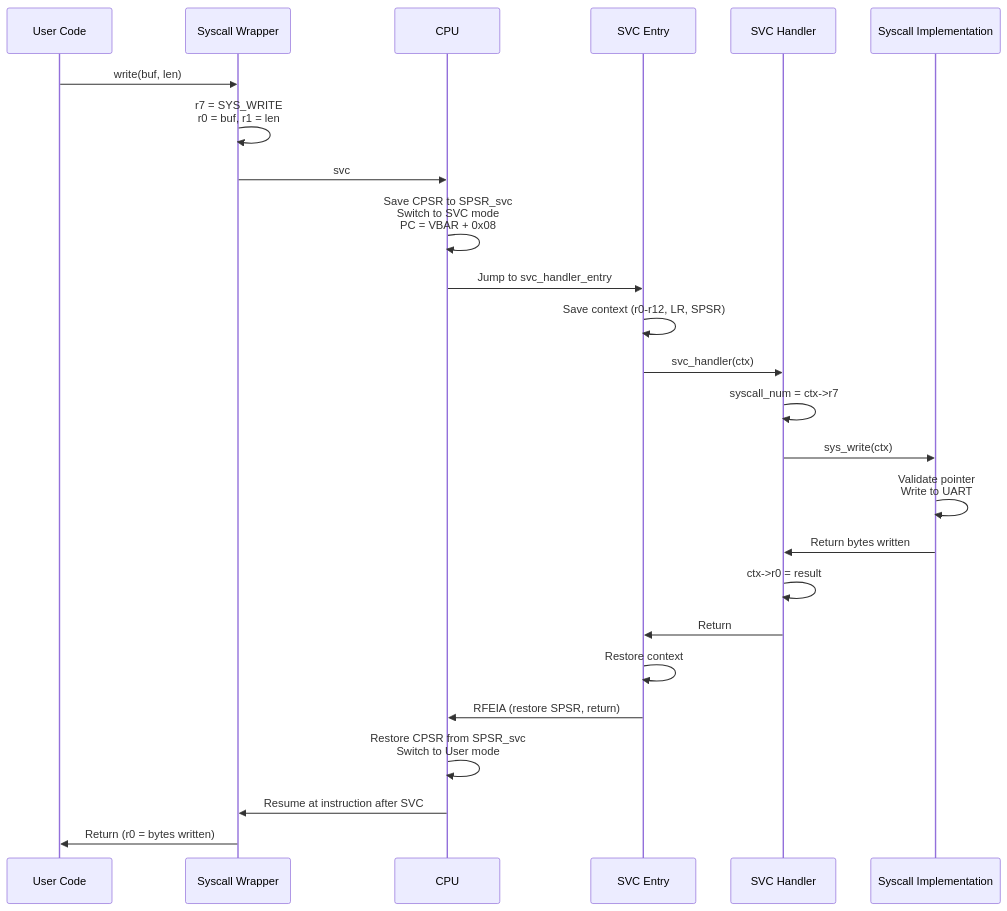
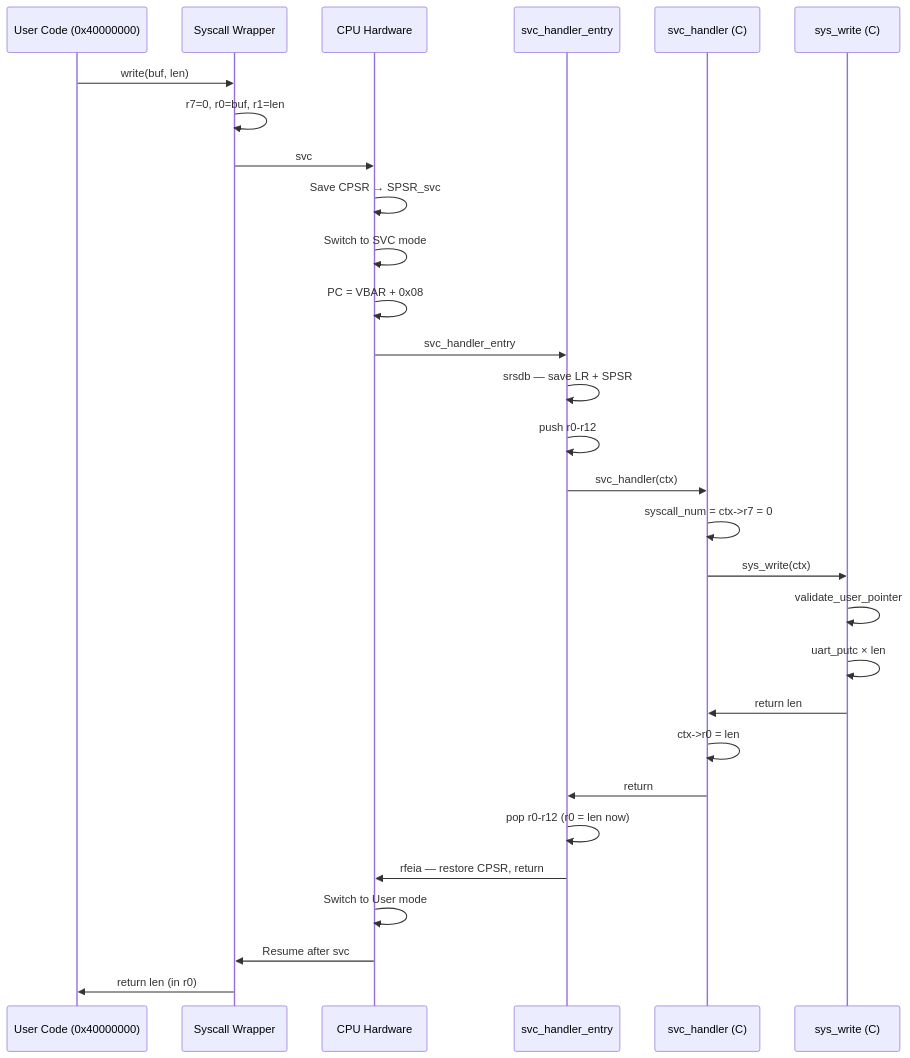
One commit to MizuCaster/Vinix-OS changed the diagram in VinixOS/docs/06-syscall-mechanism.md. Above: the diagram before and after it, drawn with Mermaid. The commit also changed other lines of this file and 18 other files, not shown here.

````diff
--- a/VinixOS/docs/06-syscall-mechanism.md
+++ b/VinixOS/docs/06-syscall-mechanism.md
@@ -323,28 +284,32 @@
 ```mermaid
 sequenceDiagram
-    participant User as User Code
+    participant User as User Code (0x40000000)
     participant Wrapper as Syscall Wrapper
-    participant CPU as CPU
-    participant Entry as SVC Entry
-    participant Handler as SVC Handler
-    participant Impl as Syscall Implementation
-    
+    participant CPU as CPU Hardware
+    participant Entry as svc_handler_entry
+    participant Handler as svc_handler (C)
+    participant Impl as sys_write (C)
+
     User->>Wrapper: write(buf, len)
-    Wrapper->>Wrapper: r7 = SYS_WRITE<br/>r0 = buf, r1 = len
+    Wrapper->>Wrapper: r7=0, r0=buf, r1=len
     Wrapper->>CPU: svc #0
-    CPU->>CPU: Save CPSR to SPSR_svc<br/>Switch to SVC mode<br/>PC = VBAR + 0x08
-    CPU->>Entry: Jump to svc_handler_entry
-    Entry->>Entry: Save context (r0-r12, LR, SPSR)
+    CPU->>CPU: Save CPSR → SPSR_svc
+    CPU->>CPU: Switch to SVC mode
+    CPU->>CPU: PC = VBAR + 0x08
+    CPU->>Entry: svc_handler_entry
+    Entry->>Entry: srsdb — save LR + SPSR
+    Entry->>Entry: push r0-r12
     Entry->>Handler: svc_handler(ctx)
-    Handler->>Handler: syscall_num = ctx->r7
+    Handler->>Handler: syscall_num = ctx->r7 = 0
     Handler->>Impl: sys_write(ctx)
-    Impl->>Impl: Validate pointer<br/>Write to UART
-    Impl->>Handler: Return bytes written
-    Handler->>Handler: ctx->r0 = result
-    Handler->>Entry: Return
-    Entry->>Entry: Restore context
-    Entry->>CPU: RFEIA (restore SPSR, return)
-    CPU->>CPU: Restore CPSR from SPSR_svc<br/>Switch to User mode
-    CPU->>Wrapper: Resume at instruction after SVC
-    Wrapper->>User: Return (r0 = bytes written)
+    Impl->>Impl: validate_user_pointer
+    Impl->>Impl: uart_putc × len
+    Impl->>Handler: return len
+    Handler->>Handler: ctx->r0 = len
+    Handler->>Entry: return
+    Entry->>Entry: pop r0-r12 (r0 = len now)
+    Entry->>CPU: rfeia — restore CPSR, return
+    CPU->>CPU: Switch to User mode
+    CPU->>Wrapper: Resume after svc #0
+    Wrapper->>User: return len (in r0)
 ```
````
